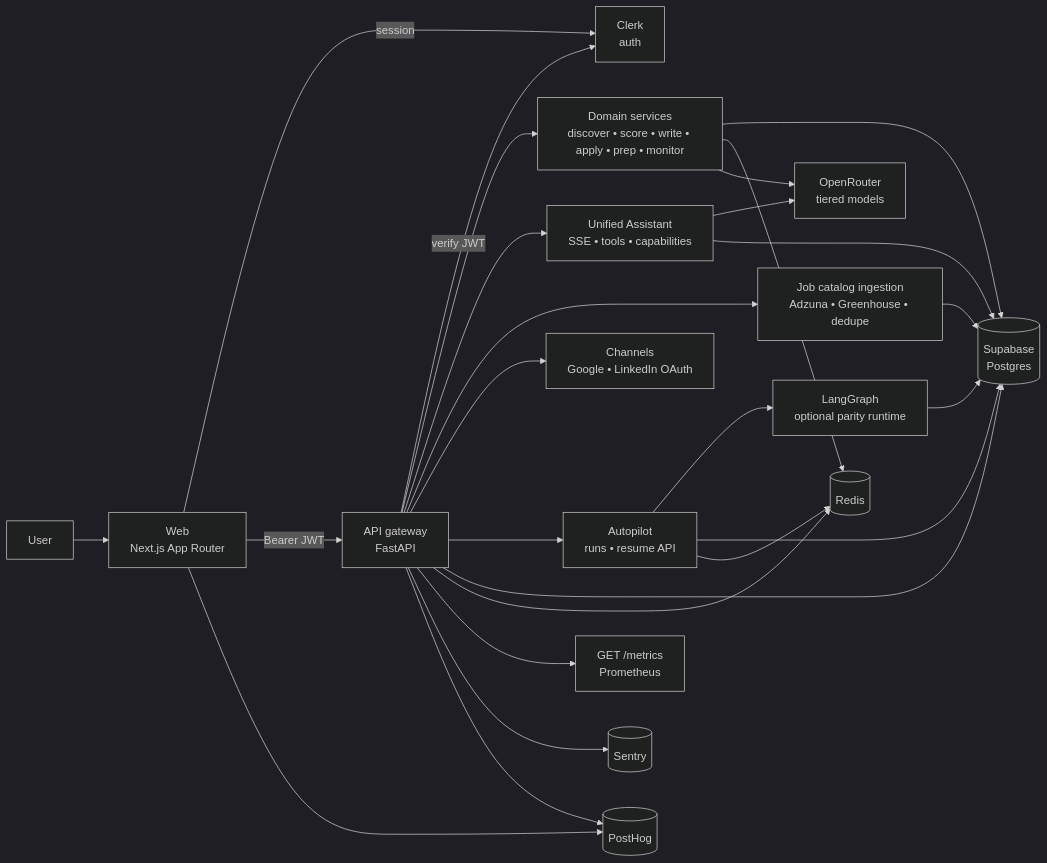
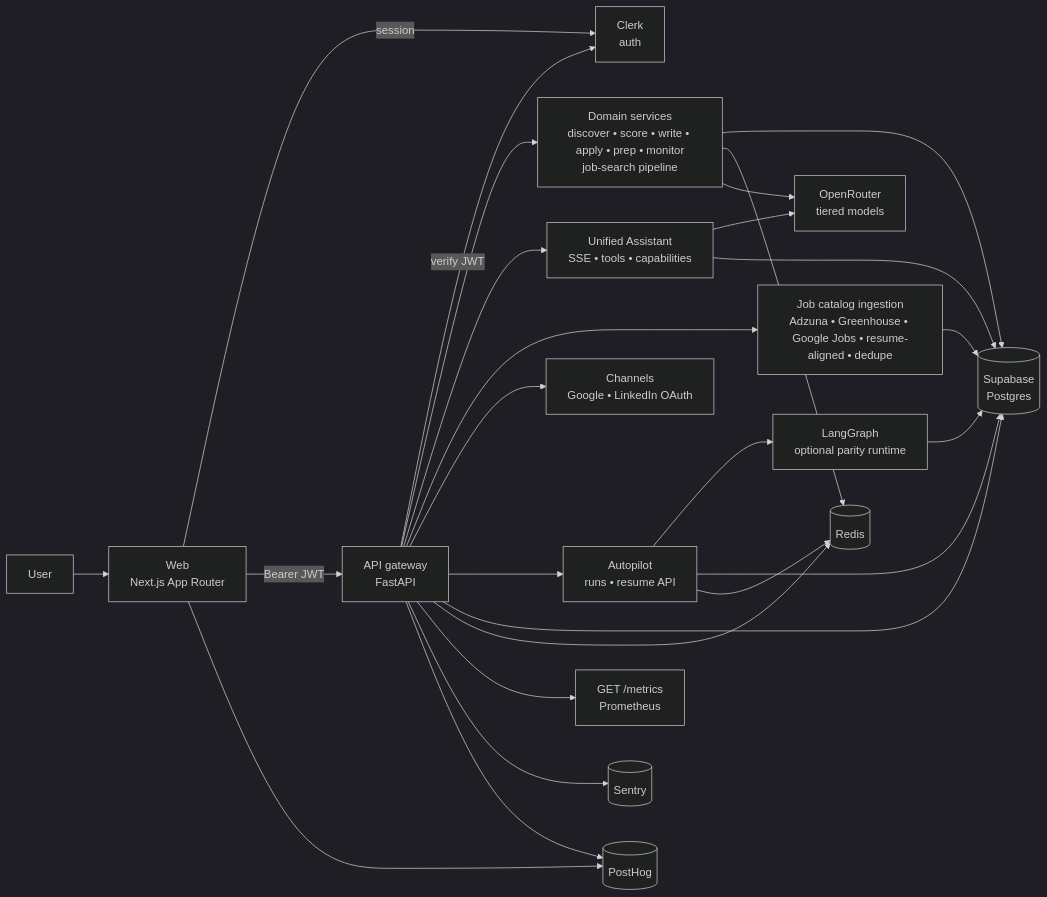
One commit to frank-asket/doubow changed the first of 3 diagrams in README.md. Above: the diagram before and after it, drawn with Mermaid (dark theme). The commit also changed other lines of this file and 1 other file, not shown here.

First line of the commit message:
Enhance README and architecture documentation for job catalog ingestion and job search pipeline

````diff
--- a/README.md
+++ b/README.md
@@ -26,45 +26,45 @@
 ```mermaid
 flowchart LR
   U[User]
   FE["Web<br/>Next.js App Router"]
   CL["Clerk<br/>auth"]
   API["API gateway<br/>FastAPI"]
-  AG["Domain services<br/>discover • score • write • apply • prep • monitor"]
+  AG["Domain services<br/>discover • score • write • apply • prep • monitor<br/>job-search pipeline"]
   ASST["Unified Assistant<br/>SSE • tools • capabilities"]
-  INGEST["Job catalog ingestion<br/>Adzuna • Greenhouse • dedupe"]
+  INGEST["Job catalog ingestion<br/>Adzuna • Greenhouse • Google Jobs • resume-aligned • dedupe"]
   DB[("Supabase<br/>Postgres")]
   RD[("Redis")]
   LLM["OpenRouter<br/>tiered models"]
   OAUTH["Channels<br/>Google • LinkedIn OAuth"]
   AUTO["Autopilot<br/>runs • resume API"]
   LG["LangGraph<br/>optional parity runtime"]
   PH[("PostHog")]
   SE[("Sentry")]
   METRICS["GET /metrics<br/>Prometheus"]
 
   U --> FE
   FE -->|session| CL
   FE -->|Bearer JWT| API
   API -->|verify JWT| CL
   API --> AG
   API --> ASST
   API --> INGEST
   API --> OAUTH
   API --> AUTO
   API --> DB
   API --> RD
   API --> METRICS
   API --> SE
   AG --> DB
   AG --> RD
   AG --> LLM
   ASST --> LLM
   ASST --> DB
   INGEST --> DB
   AUTO --> LG
   AUTO --> DB
   AUTO --> RD
   LG --> DB
   FE --> PH
   API --> PH
 ```
````
